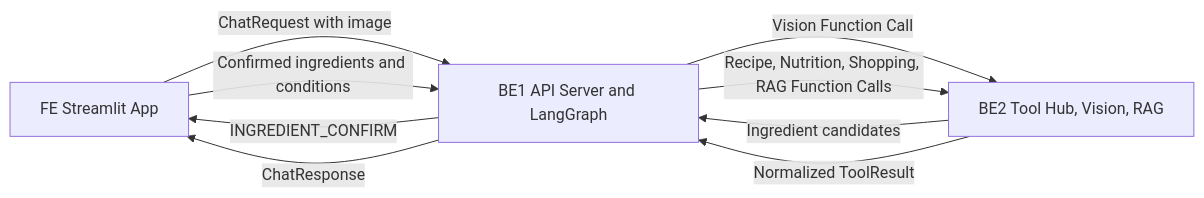
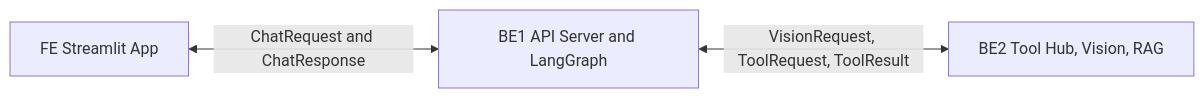
One commit to DongJunee/2026_aio2_p2_PlanEat_Backend changed the third of 3 diagrams in docs/data-flow.md. Above: the diagram before and after it, drawn with Mermaid. The commit also changed other lines of this file, not shown here.

````diff
--- a/docs/data-flow.md
+++ b/docs/data-flow.md
@@ -110,11 +94,5 @@
 ```mermaid
 flowchart LR
-    FE[FE Streamlit App] -->|ChatRequest with image| BE1[BE1 API Server and LangGraph]
-    BE1 -->|Vision Function Call| BE2[BE2 Tool Hub, Vision, RAG]
-    BE2 -->|Ingredient candidates| BE1
-    BE1 -->|INGREDIENT_CONFIRM| FE
-    FE -->|Confirmed ingredients and conditions| BE1
-    BE1 -->|Recipe, Nutrition, Shopping, RAG Function Calls| BE2
-    BE2 -->|Normalized ToolResult| BE1
-    BE1 -->|ChatResponse| FE
+    FE[FE Streamlit App] <-->|ChatRequest and ChatResponse| BE1[BE1 API Server and LangGraph]
+    BE1 <-->|VisionRequest, ToolRequest, ToolResult| BE2[BE2 Tool Hub, Vision, RAG]
 ```
````
